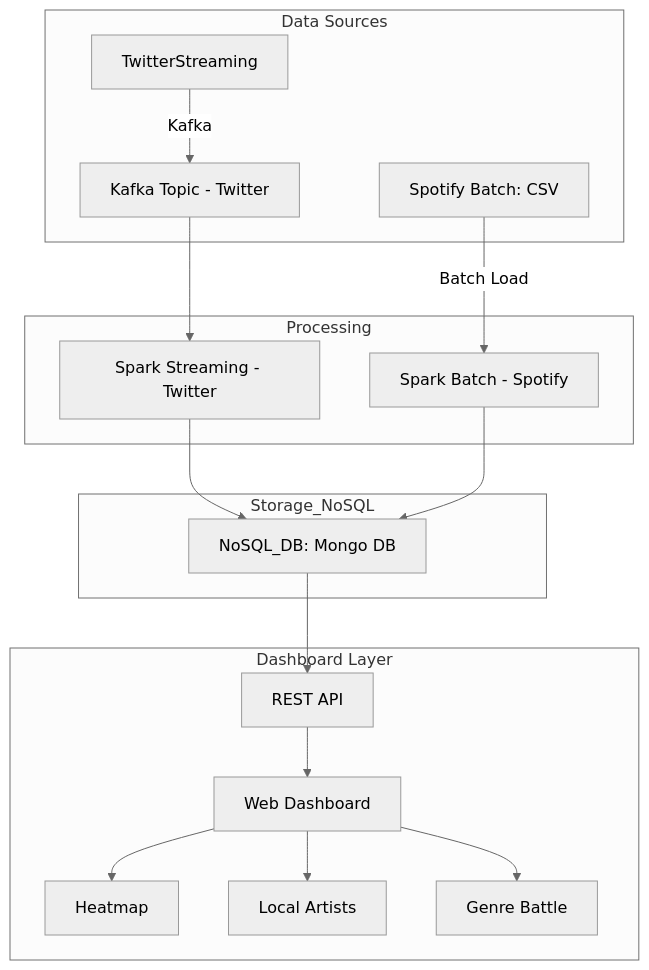
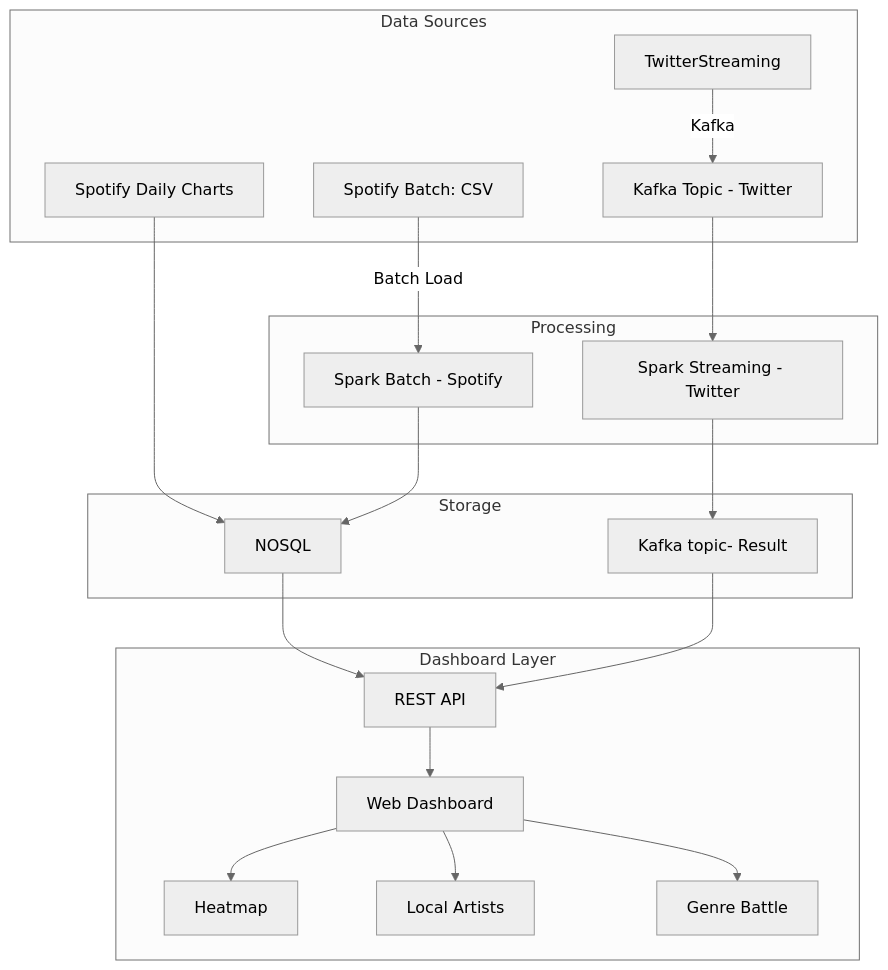
One commit to rozee01/ProjetBigData changed the diagram in README.md. Above: the diagram before and after it, drawn with Mermaid (neutral theme). The commit also changed other lines of this file, not shown here.

````diff
--- a/README.md
+++ b/README.md
@@ -38,29 +38,33 @@
 ```mermaid
 flowchart TD
     %% Data Sources
     subgraph Data Sources
+        Sp_chart[Spotify Daily Charts]
+        SP_Batch[Spotify Batch: CSV]
         TW_Stream[TwitterStreaming] -->|Kafka| K1[Kafka Topic - Twitter]
-        SP_Batch[Spotify Batch: CSV] 
+ 
     end
 
     %% Processing Layer
     subgraph Processing
+        SP_Batch-->|Batch Load| SB2[Spark Batch - Spotify]
         K1 --> SS1[Spark Streaming - Twitter]
-        SP_Batch-->|Batch Load| SB2[Spark Batch - Spotify]
     end
 
     %% Unified NoSQL Storage
-    subgraph Storage_NoSQL
-        SS1 --> NOSQL[NoSQL_DB: Mongo DB]
+    subgraph Storage
+        SS1 --> k2[Kafka topic- Result]
         SB2 --> NOSQL
+        Sp_chart--> NOSQL
     end
 
     %% API + Dashboard
     subgraph Dashboard Layer
         NOSQL --> API[REST API]
+        k2 --> API[REST API]
         API --> UI[Web Dashboard]
         UI --> HM[Heatmap]
         UI --> LA[Local Artists]
         UI --> GB[Genre Battle]
     end
 ```  
````
